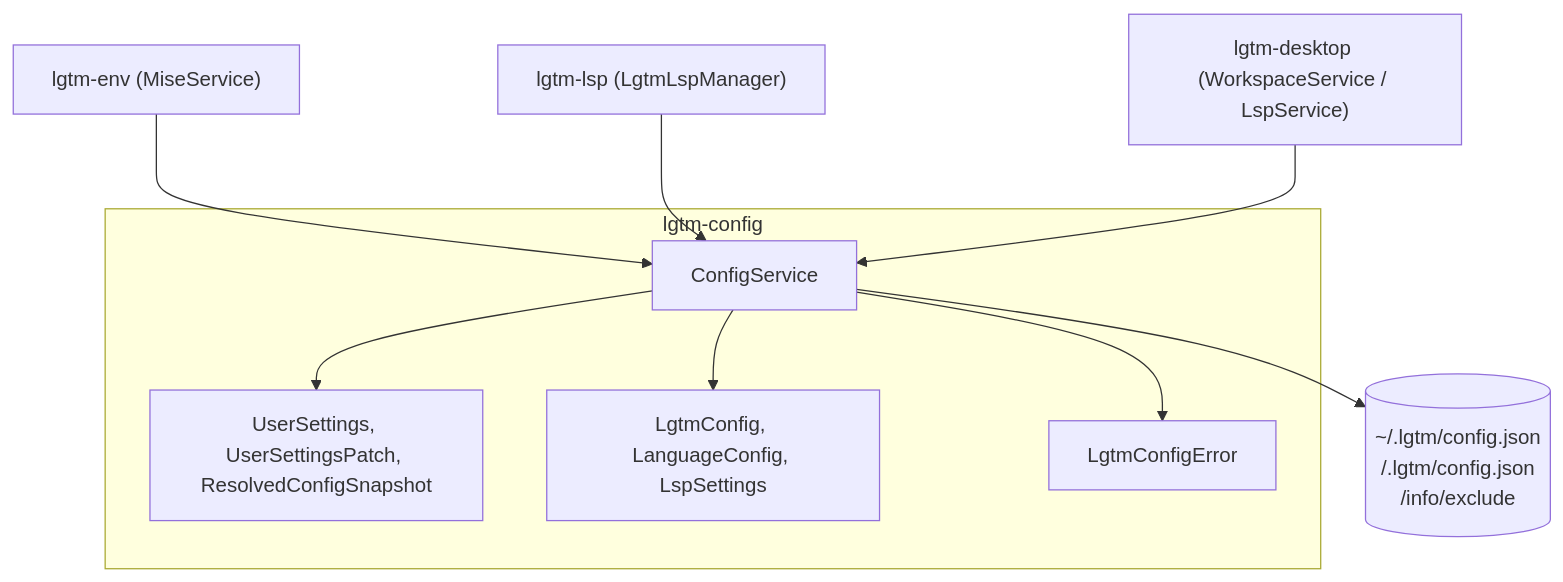
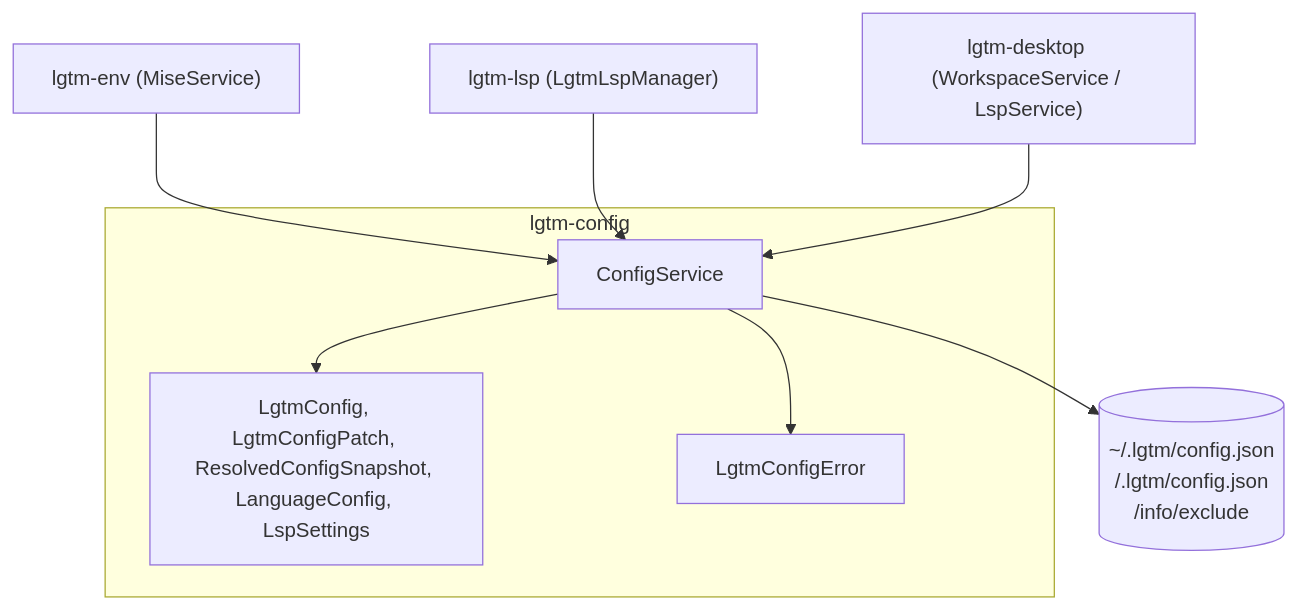
Before and after one commit to difflab-io/lgtm: the first of 2 diagrams in docs/architecture/config/index.md, drawn with Mermaid. The commit also changed other lines of this file and 33 other files, not shown here.

Commit message:
refactor(config,env,desktop): unify LgtmConfig, add dev tool APIs, and split settings E2E

````diff
--- a/docs/architecture/config/index.md
+++ b/docs/architecture/config/index.md
@@ -51,19 +48,17 @@
 ```mermaid
 flowchart TB
     ENV["lgtm-env (MiseService)"]
     LSP["lgtm-lsp (LgtmLspManager)"]
     DESKTOP["lgtm-desktop (WorkspaceService / LspService)"]
     subgraph CfgLib["lgtm-config"]
         CFG_SVC["ConfigService"]
-        SETTINGS_MOD["UserSettings, UserSettingsPatch, ResolvedConfigSnapshot"]
-        CFG_MOD["LgtmConfig, LanguageConfig, LspSettings"]
+        CFG_MOD["LgtmConfig, LgtmConfigPatch, ResolvedConfigSnapshot, LanguageConfig, LspSettings"]
         ERR["LgtmConfigError"]
-        CFG_SVC --> SETTINGS_MOD
         CFG_SVC --> CFG_MOD
         CFG_SVC --> ERR
     end
     ENV --> CFG_SVC
     LSP --> CFG_SVC
     DESKTOP --> CFG_SVC
     CFG_SVC --> FS[("~/.lgtm/config.json\n<workspace>/.lgtm/config.json\n<git-dir>/info/exclude")]
 ```
````
